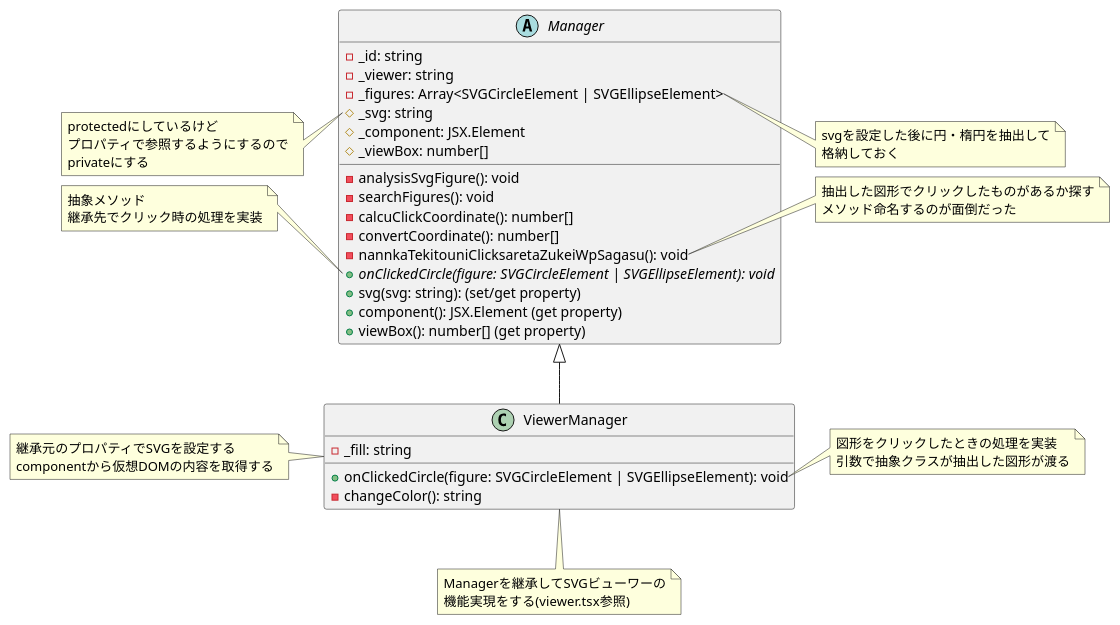
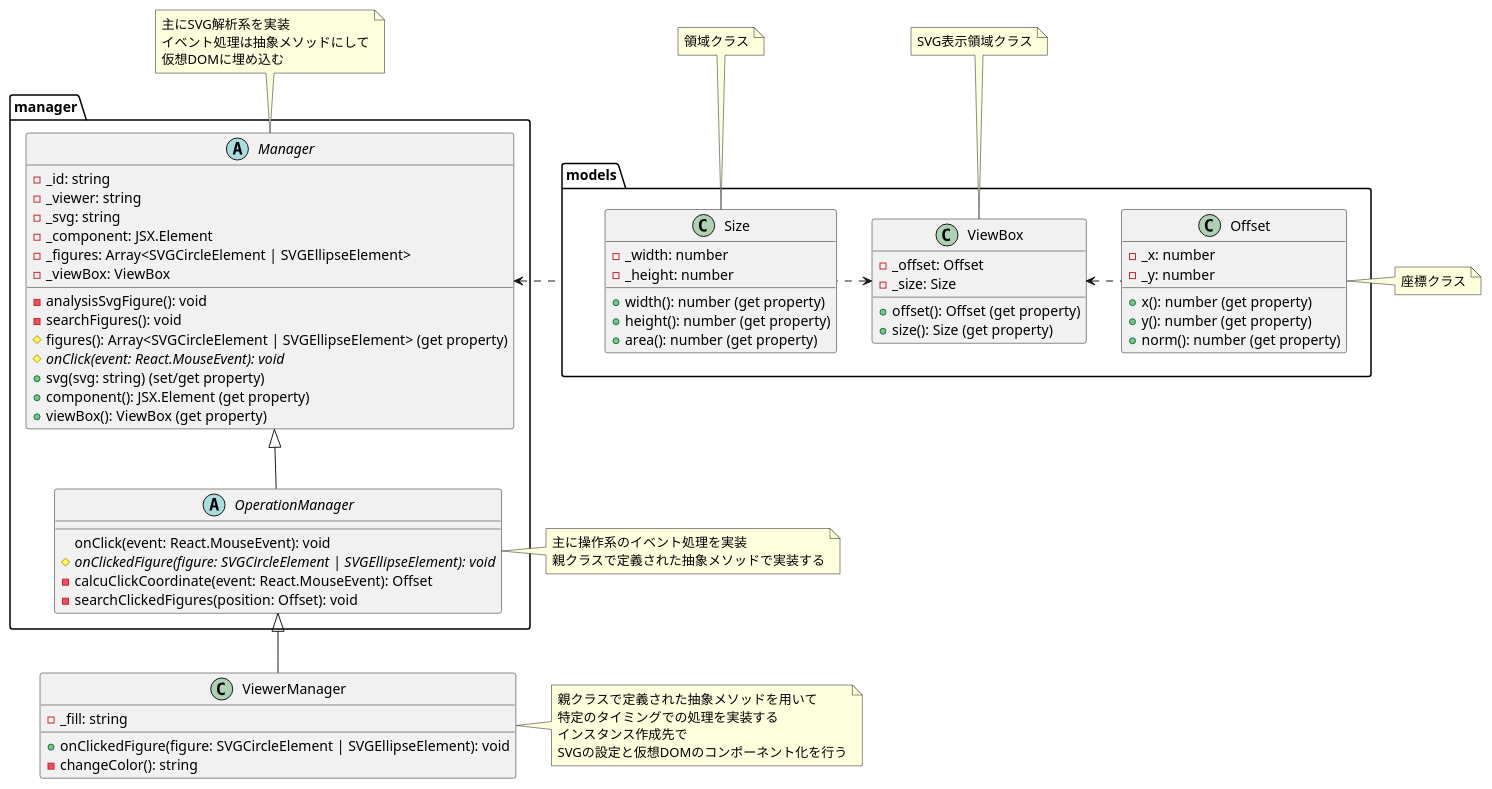
One commit to njm-khaki/svg_viewer changed the diagram in documents/クラス構成.md. Above: the diagram before and after it, drawn with PlantUML.

Commit message:
クラス図更新

````diff
--- a/documents/クラス構成.md
+++ b/documents/クラス構成.md
@@ -3,65 +3,100 @@
 ```plantuml
 @startuml
-abstract class Manager {
-    - _id: string
-    - _viewer: string
-    - _figures: Array<SVGCircleElement | SVGEllipseElement>
-    # _svg: string
-    # _component: JSX.Element
-    # _viewBox: number[]
-    - analysisSvgFigure(): void
-    - searchFigures(): void
-    - calcuClickCoordinate(): number[]
-    - convertCoordinate(): number[]
-    - nannkaTekitouniClicksaretaZukeiWpSagasu(): void
-    + {abstract} onClickedCircle(figure: SVGCircleElement | SVGEllipseElement): void
-    + svg(svg: string): (set/get property)
-    + component(): JSX.Element (get property)
-    + viewBox(): number[] (get property)
+
+package models {
+    class Offset {
+        - _x: number 
+        - _y: number 
+        + x(): number (get property)
+        + y(): number (get property)
+        + norm(): number (get property)
+    }
+
+    class Size {
+        - _width: number 
+        - _height: number 
+        + width(): number (get property)
+        + height(): number (get property)
+        + area(): number (get property)
+    }
+
+    class ViewBox {
+        - _offset: Offset 
+        - _size: Size 
+        + offset(): Offset (get property)
+        + size(): Size (get property)
+    }
+}
+
+package manager {
+    abstract class Manager {
+        - _id: string
+        - _viewer: string
+        - _svg: string
+        - _component: JSX.Element
+        - _figures: Array<SVGCircleElement | SVGEllipseElement>
+        - _viewBox: ViewBox
+        - analysisSvgFigure(): void
+        - searchFigures(): void
+        # figures(): Array<SVGCircleElement | SVGEllipseElement> (get property)
+        # {abstract} onClick(event: React.MouseEvent): void
+        + svg(svg: string) (set/get property)
+        + component(): JSX.Element (get property)
+        + viewBox(): ViewBox (get property)
+    }
+
+    abstract class OperationManager {
+        onClick(event: React.MouseEvent): void
+        # {abstract} onClickedFigure(figure: SVGCircleElement | SVGEllipseElement): void
+        - calcuClickCoordinate(event: React.MouseEvent): Offset
+        - searchClickedFigures(position: Offset): void
+    }
 }
 
 class ViewerManager {
-    - _fill: string
-    + onClickedCircle(figure: SVGCircleElement | SVGEllipseElement): void
+    - _fill: string 
+    + onClickedFigure(figure: SVGCircleElement | SVGEllipseElement): void
     - changeColor(): string
 }
 
-note left of Manager::svg
-    protectedにしているけど
-    プロパティで参照するようにするので
-    privateにする
+
+
+Manager <|-- OperationManager
+OperationManager <|-- ViewerManager
+
+Manager <. models
+ViewBox <. Offset
+ViewBox <. Size
+
+note top of Manager
+    主にSVG解析系を実装
+    イベント処理は抽象メソッドにして
+    仮想DOMに埋め込む
 end note
 
-note left of Manager::onClickedCircle
-    抽象メソッド
-    継承先でクリック時の処理を実装
+note right of OperationManager
+    主に操作系のイベント処理を実装
+    親クラスで定義された抽象メソッドで実装する
 end note
 
-note right of Manager::_figures
-    svgを設定した後に円・楕円を抽出して
-    格納しておく
+note right of ViewerManager
+    親クラスで定義された抽象メソッドを用いて
+    特定のタイミングでの処理を実装する
+    インスタンス作成先で
+    SVGの設定と仮想DOMのコンポーネント化を行う
 end note
 
-note right of Manager::nannkaTekitouniClicksaretaZukeiWpSagasu
-    抽出した図形でクリックしたものがあるか探す
-    メソッド命名するのが面倒だった
+note right of Offset
+    座標クラス
 end note
 
-note left of ViewerManager
-    継承元のプロパティでSVGを設定する
-    componentから仮想DOMの内容を取得する
+note top of Size
+    領域クラス
 end note
 
-note bottom of ViewerManager
-    Managerを継承してSVGビューワーの
-    機能実現をする(viewer.tsx参照)
+note top of ViewBox
+    SVG表示領域クラス
 end note
 
-note right of ViewerManager::onClickedCircle
-    図形をクリックしたときの処理を実装
-    引数で抽象クラスが抽出した図形が渡る
-end note
-
-Manager <|-- ViewerManager
 @enduml
 ```
````
